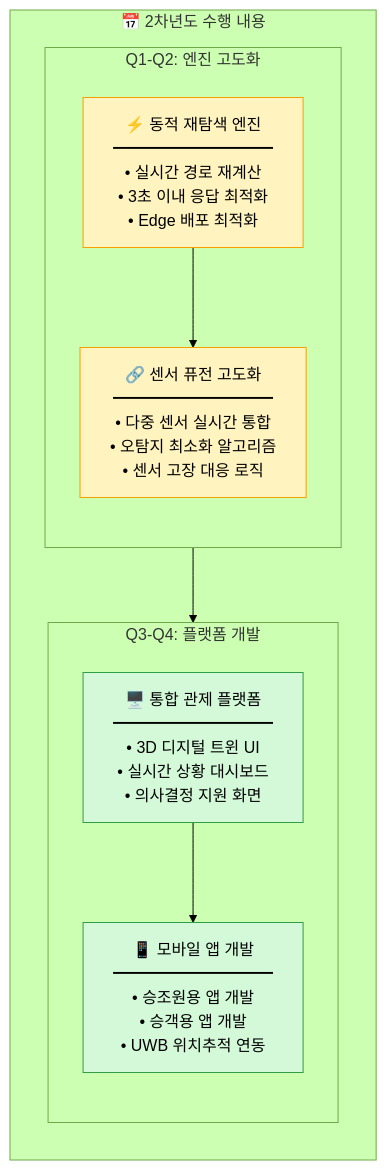
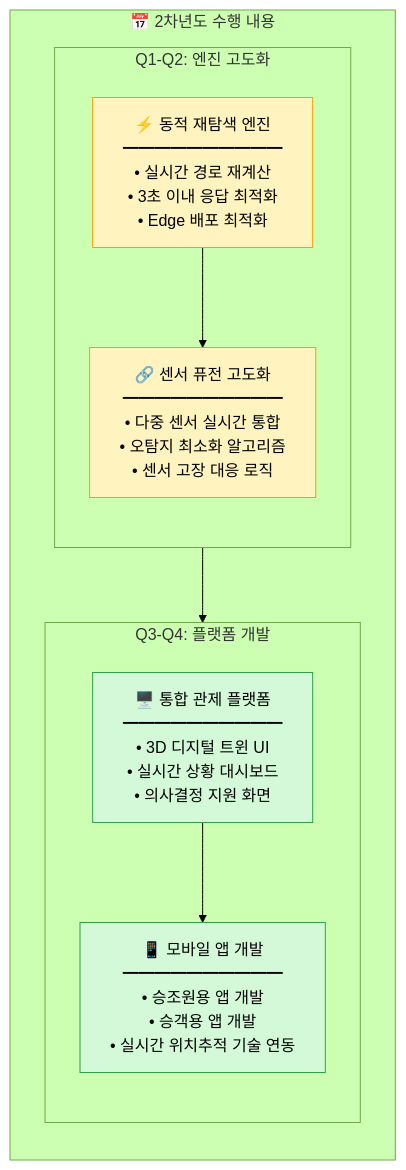
Diagram 12 of 29 in report.md (ymseo741/isedss-presentation), drawn with Mermaid (forest theme) before and after one commit. The commit also changed other lines of this file, not shown here.

Commit message:
docs: remove specific solution names (Unity, UWB) and generalize technology terms

````diff
--- a/report.md
+++ b/report.md
@@ -537,23 +537,23 @@
 ```mermaid
 flowchart LR
     subgraph Y2["📅 2차년도 수행 내용"]
         direction TB
         subgraph Q1Q2["Q1-Q2: 엔진 고도화"]
             direction TB
             T1["⚡ 동적 재탐색 엔진<br/>━━━━━━━━━━<br/>• 실시간 경로 재계산<br/>• 3초 이내 응답 최적화<br/>• Edge 배포 최적화"]
             T2["🔗 센서 퓨전 고도화<br/>━━━━━━━━━━<br/>• 다중 센서 실시간 통합<br/>• 오탐지 최소화 알고리즘<br/>• 센서 고장 대응 로직"]
         end
         subgraph Q3Q4["Q3-Q4: 플랫폼 개발"]
             direction TB
             T3["🖥️ 통합 관제 플랫폼<br/>━━━━━━━━━━<br/>• 3D 디지털 트윈 UI<br/>• 실시간 상황 대시보드<br/>• 의사결정 지원 화면"]
-            T4["📱 모바일 앱 개발<br/>━━━━━━━━━━<br/>• 승조원용 앱 개발<br/>• 승객용 앱 개발<br/>• UWB 위치추적 연동"]
+            T4["📱 모바일 앱 개발<br/>━━━━━━━━━━<br/>• 승조원용 앱 개발<br/>• 승객용 앱 개발<br/>• 실시간 위치추적 기술 연동"]
         end
     end
     
     T1 --> T2 --> T3 --> T4
     
     style T1 fill:#fff3bf,stroke:#f59f00
     style T2 fill:#fff3bf,stroke:#f59f00
     style T3 fill:#d3f9d8,stroke:#2f9e44
     style T4 fill:#d3f9d8,stroke:#2f9e44
 ```
````
